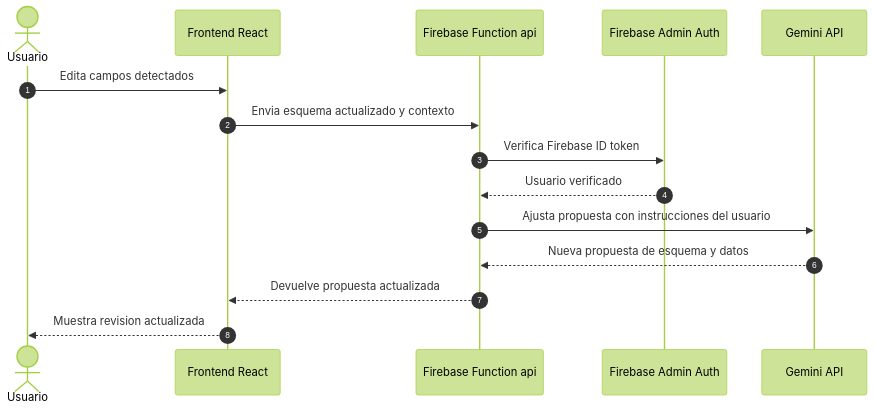
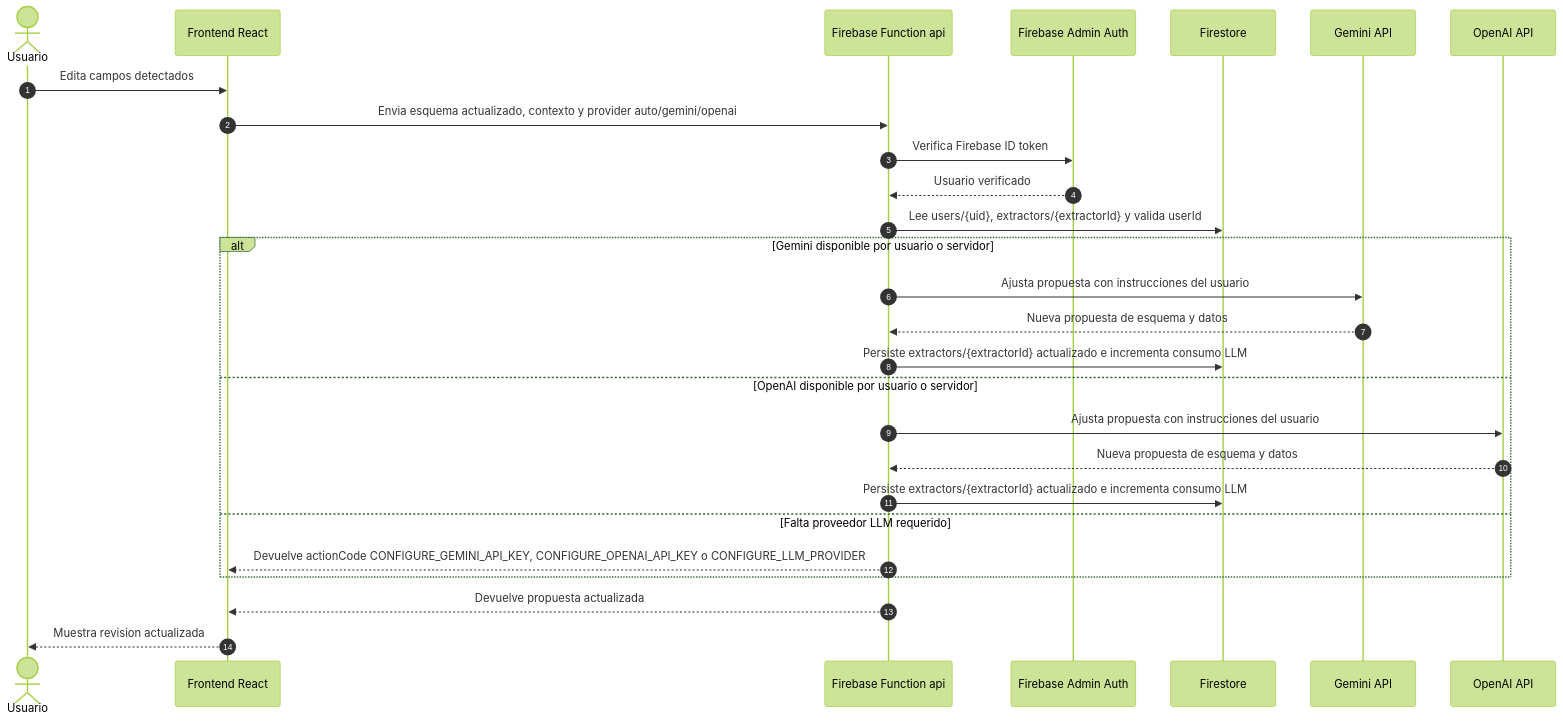
The fourth of 10 diagrams in sequence-diagram.md (mijahilbarra/organizr), drawn with Mermaid (forest theme) before and after one commit. The commit also changed other lines of this file and 138 other files, not shown here.

Commit message:
Add GPT workflows, computed fields, and schema editing

````diff
--- a/sequence-diagram.md
+++ b/sequence-diagram.md
@@ -100,18 +118,30 @@
 ```mermaid
 sequenceDiagram
   autonumber
   actor User as Usuario
   participant Frontend as Frontend React
   participant Function as Firebase Function api
   participant FirebaseAuth as Firebase Admin Auth
+  participant Firestore as Firestore
   participant Gemini as Gemini API
+  participant OpenAI as OpenAI API
 
   User->>Frontend: Edita campos detectados
-  Frontend->>Function: Envia esquema actualizado y contexto
+  Frontend->>Function: Envia esquema actualizado, contexto y provider auto/gemini/openai
   Function->>FirebaseAuth: Verifica Firebase ID token
   FirebaseAuth-->>Function: Usuario verificado
-  Function->>Gemini: Ajusta propuesta con instrucciones del usuario
-  Gemini-->>Function: Nueva propuesta de esquema y datos
+  Function->>Firestore: Lee users/{uid}, extractors/{extractorId} y valida userId
+  alt Gemini disponible por usuario o servidor
+    Function->>Gemini: Ajusta propuesta con instrucciones del usuario
+    Gemini-->>Function: Nueva propuesta de esquema y datos
+    Function->>Firestore: Persiste extractors/{extractorId} actualizado e incrementa consumo LLM
+  else OpenAI disponible por usuario o servidor
+    Function->>OpenAI: Ajusta propuesta con instrucciones del usuario
+    OpenAI-->>Function: Nueva propuesta de esquema y datos
+    Function->>Firestore: Persiste extractors/{extractorId} actualizado e incrementa consumo LLM
+  else Falta proveedor LLM requerido
+    Function-->>Frontend: Devuelve actionCode CONFIGURE_GEMINI_API_KEY, CONFIGURE_OPENAI_API_KEY o CONFIGURE_LLM_PROVIDER
+  end
   Function-->>Frontend: Devuelve propuesta actualizada
   Frontend-->>User: Muestra revision actualizada
 ```
````
